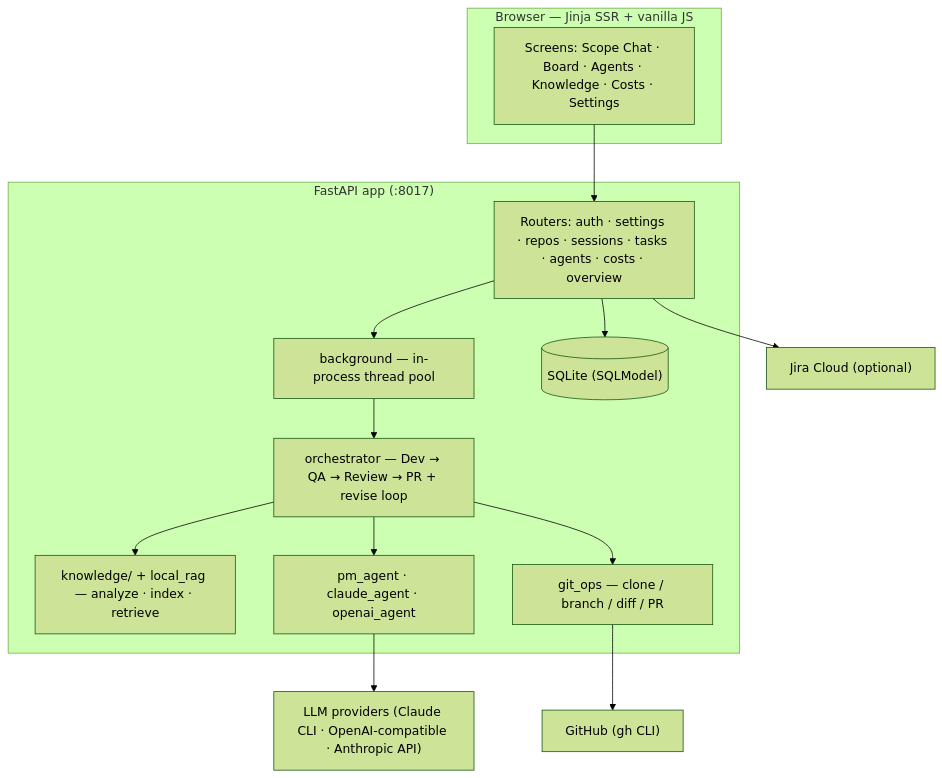
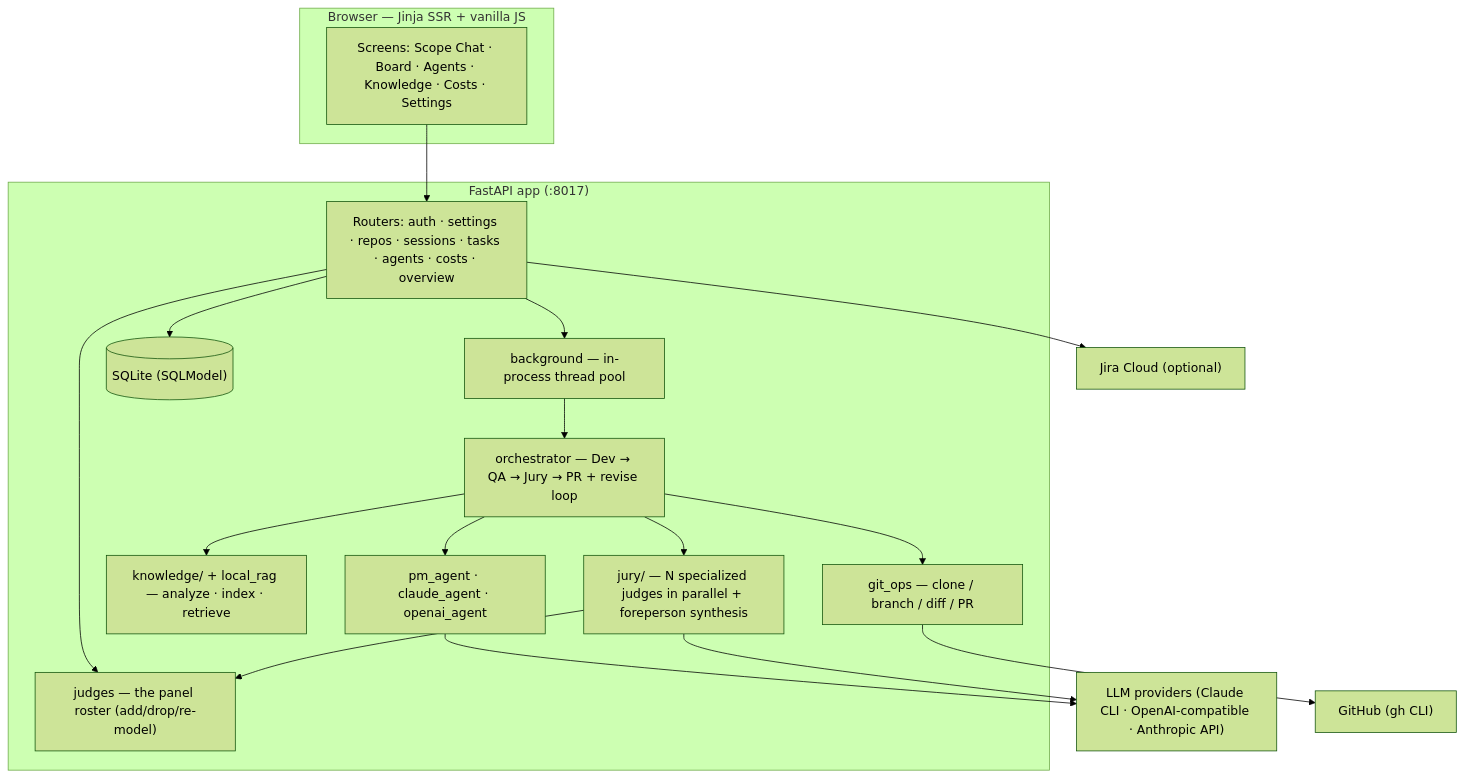
Before and after one commit to birhantprkc/autodev-studio: the first of 2 diagrams in docs/architecture.md, drawn with Mermaid (forest theme). The commit also changed other lines of this file and 124 other files, not shown here.

First line of the commit message:
Terminal-first rebuild: CLI client, jury ensemble, code graph, new README

````diff
--- a/docs/architecture.md
+++ b/docs/architecture.md
@@ -11,27 +11,32 @@
 ```mermaid
 graph TB
     subgraph Browser["Browser — Jinja SSR + vanilla JS"]
         UI["Screens: Scope Chat · Board · Agents · Knowledge · Costs · Settings"]
     end
 
     subgraph App["FastAPI app (:8017)"]
         Routers["Routers: auth · settings · repos · sessions · tasks · agents · costs · overview"]
-        Orch["orchestrator — Dev → QA → Review → PR + revise loop"]
+        Orch["orchestrator — Dev → QA → Jury → PR + revise loop"]
+        Jury["jury/ — N specialized judges in parallel + foreperson synthesis"]
         BG["background — in-process thread pool"]
         KB["knowledge/ + local_rag — analyze · index · retrieve"]
         Agents["pm_agent · claude_agent · openai_agent"]
+        Roster["judges — the panel roster (add/drop/re-model)"]
         Git["git_ops — clone / branch / diff / PR"]
         DB[("SQLite (SQLModel)")]
     end
 
     Providers["LLM providers (Claude CLI · OpenAI-compatible · Anthropic API)"]
     GH["GitHub (gh CLI)"]
     Jira["Jira Cloud (optional)"]
 
     UI --> Routers --> DB
     Routers --> BG --> Orch
-    Orch --> Agents & Git & KB
+    Orch --> Agents & Git & KB & Jury
+    Jury --> Roster
+    Jury --> Providers
+    Routers --> Roster
     Agents --> Providers
     Git --> GH
     Routers --> Jira
 ```
````
